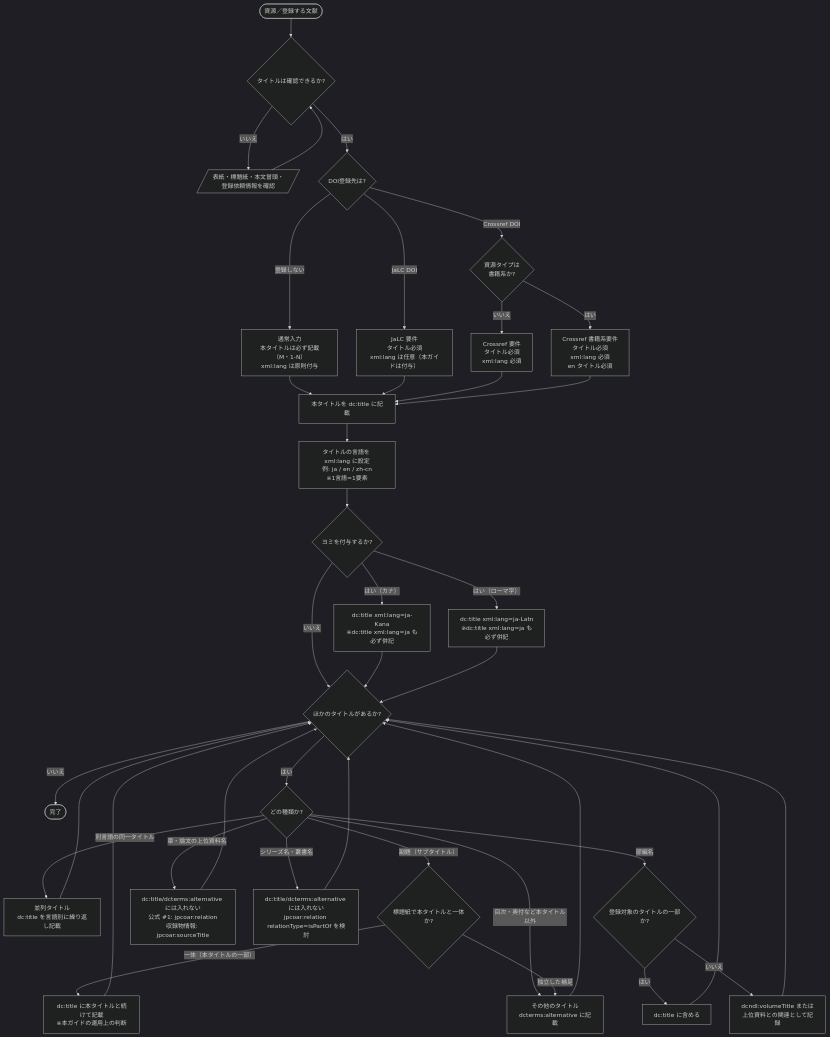
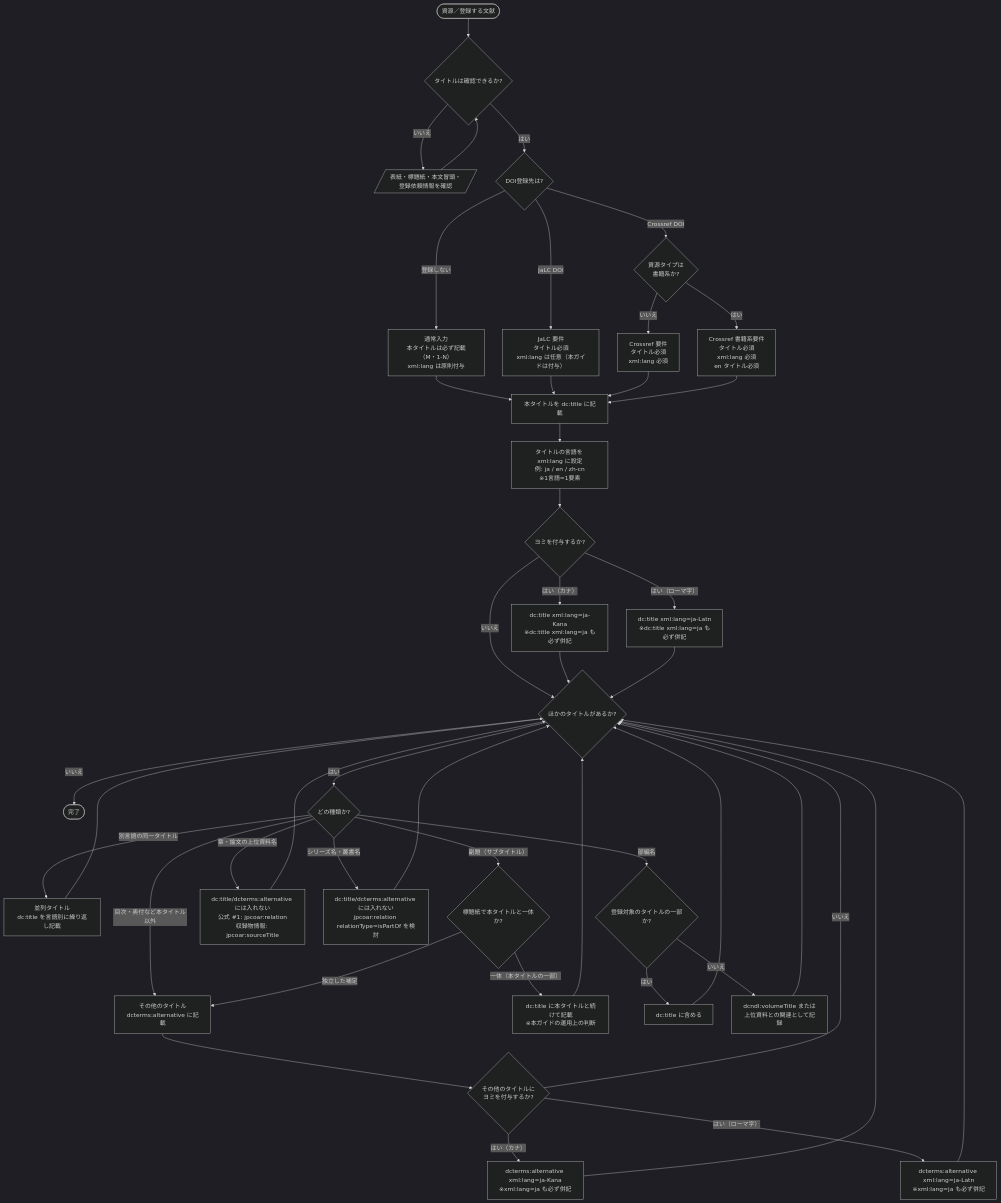
Before and after one commit to tzhaya/jpcoarschema-helper: the diagram in decision-trees/title.md, drawn with Mermaid (dark theme). The commit also changed other lines of this file and 1 other file, not shown here.

````diff
--- a/decision-trees/title.md
+++ b/decision-trees/title.md
@@ -58,55 +58,60 @@
 ```mermaid
 flowchart TD
     R([資源／登録する文献]) --> D0{タイトルは確認できるか?}
     D0 -- いいえ --> A0[/表紙・標題紙・本文冒頭・登録依頼情報を確認/]
     A0 --> D0
     D0 -- はい --> Q1{DOI登録先は?}
 
     Q1 -- 登録しない --> CTX0["通常入力<br/>本タイトルは必ず記載（M・1-N）<br/>xml:lang は原則付与"]
     Q1 -- JaLC DOI --> CTX1["JaLC 要件<br/>タイトル必須<br/>xml:lang は任意（本ガイドは付与）"]
     Q1 -- Crossref DOI --> Q1a{資源タイプは<br/>書籍系か?}
 
     Q1a -- いいえ --> CTX2["Crossref 要件<br/>タイトル必須<br/>xml:lang 必須"]
     Q1a -- はい --> CTX3["Crossref 書籍系要件<br/>タイトル必須<br/>xml:lang 必須<br/>en タイトル必須"]
 
     CTX0 --> P1
     CTX1 --> P1
     CTX2 --> P1
     CTX3 --> P1
 
     P1["本タイトルを dc:title に記載"] --> P2["タイトルの言語を xml:lang に設定<br/>例: ja / en / zh-cn<br/>※1言語=1要素"]
     P2 --> D2{ヨミを付与するか?}
 
     D2 -- "はい（カナ）" --> A2a["dc:title xml:lang=ja-Kana<br/>※dc:title xml:lang=ja も必ず併記"]
     D2 -- "はい（ローマ字）" --> A2b["dc:title xml:lang=ja-Latn<br/>※dc:title xml:lang=ja も必ず併記"]
     D2 -- いいえ --> D3
 
     A2a --> D3
     A2b --> D3
 
     D3{ほかのタイトルがあるか?}
     D3 -- いいえ --> END
     D3 -- はい --> D3a{どの種類か?}
 
     D3a -- "別言語の同一タイトル" --> A3a["並列タイトル<br/>dc:title を言語別に繰り返し記載"]
     D3a -- "副題（サブタイトル）" --> D3b{標題紙で本タイトルと一体か?}
     D3a -- "目次・奥付など本タイトル以外" --> A3b["その他のタイトル<br/>dcterms:alternative に記載"]
     D3a -- "章・論文の上位資料名" --> A3d["dc:title/dcterms:alternative には入れない<br/>公式 #1: jpcoar:relation<br/>収録物情報: jpcoar:sourceTitle"]
     D3a -- "シリーズ名・叢書名" --> A3e["dc:title/dcterms:alternative には入れない<br/>jpcoar:relation relationType=isPartOf を検討"]
     D3a -- "部編名" --> D3c{登録対象のタイトルの一部か?}
 
     D3b -- "一体（本タイトルの一部）" --> A3c["dc:title に本タイトルと続けて記載<br/>※本ガイドの運用上の判断"]
     D3b -- "独立した補足" --> A3b
     D3c -- はい --> A3f["dc:title に含める"]
     D3c -- いいえ --> A3g["dcndl:volumeTitle または<br/>上位資料との関連として記録"]
 
     A3a --> D3
-    A3b --> D3
+    A3b --> D3d{その他のタイトルに<br/>ヨミを付与するか?}
+    D3d -- いいえ --> D3
+    D3d -- "はい（カナ）" --> A3h["dcterms:alternative xml:lang=ja-Kana<br/>※xml:lang=ja も必ず併記"]
+    D3d -- "はい（ローマ字）" --> A3i["dcterms:alternative xml:lang=ja-Latn<br/>※xml:lang=ja も必ず併記"]
+    A3h --> D3
+    A3i --> D3
     A3c --> D3
     A3d --> D3
     A3e --> D3
     A3f --> D3
     A3g --> D3
 
     END([完了])
 ```
````
